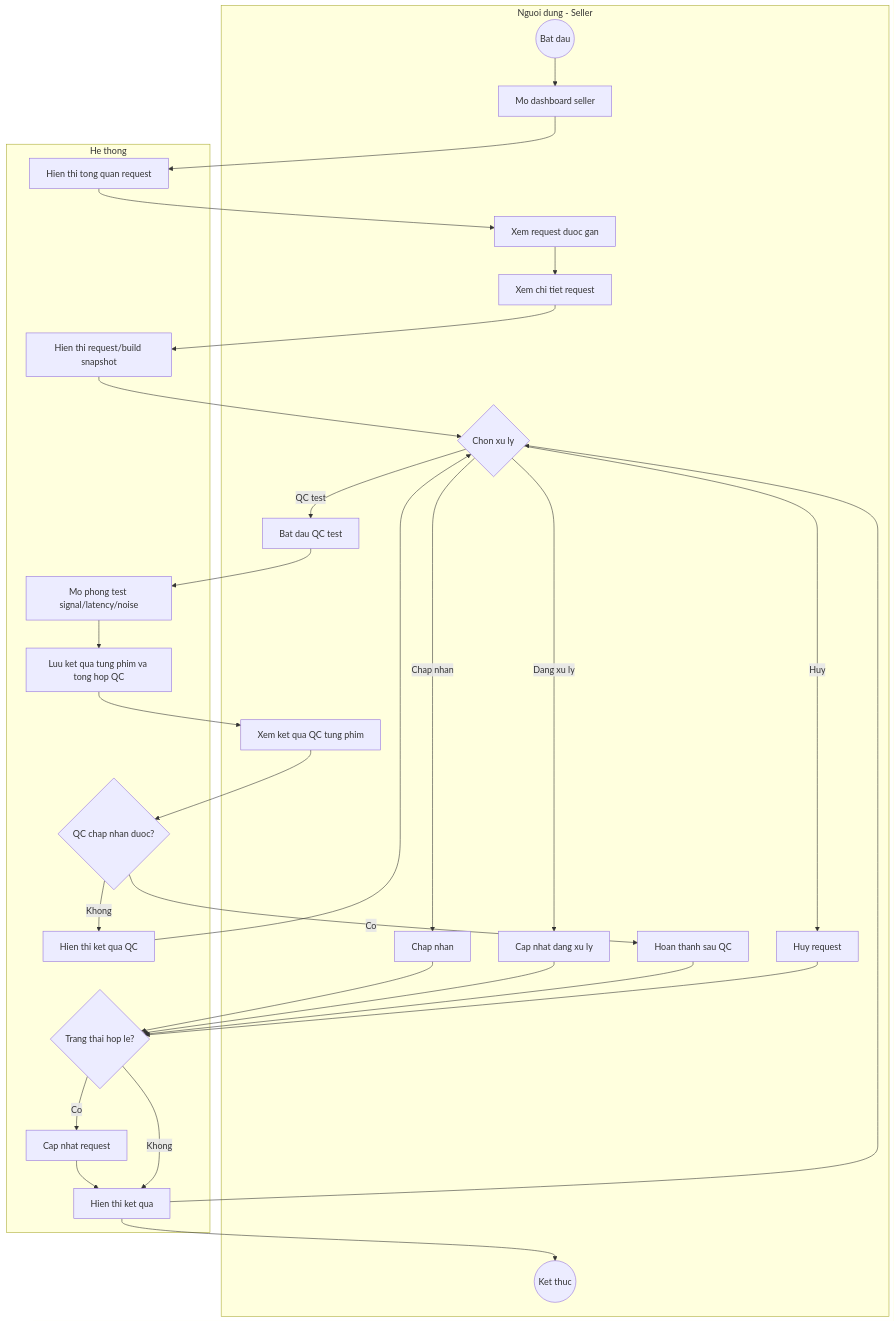
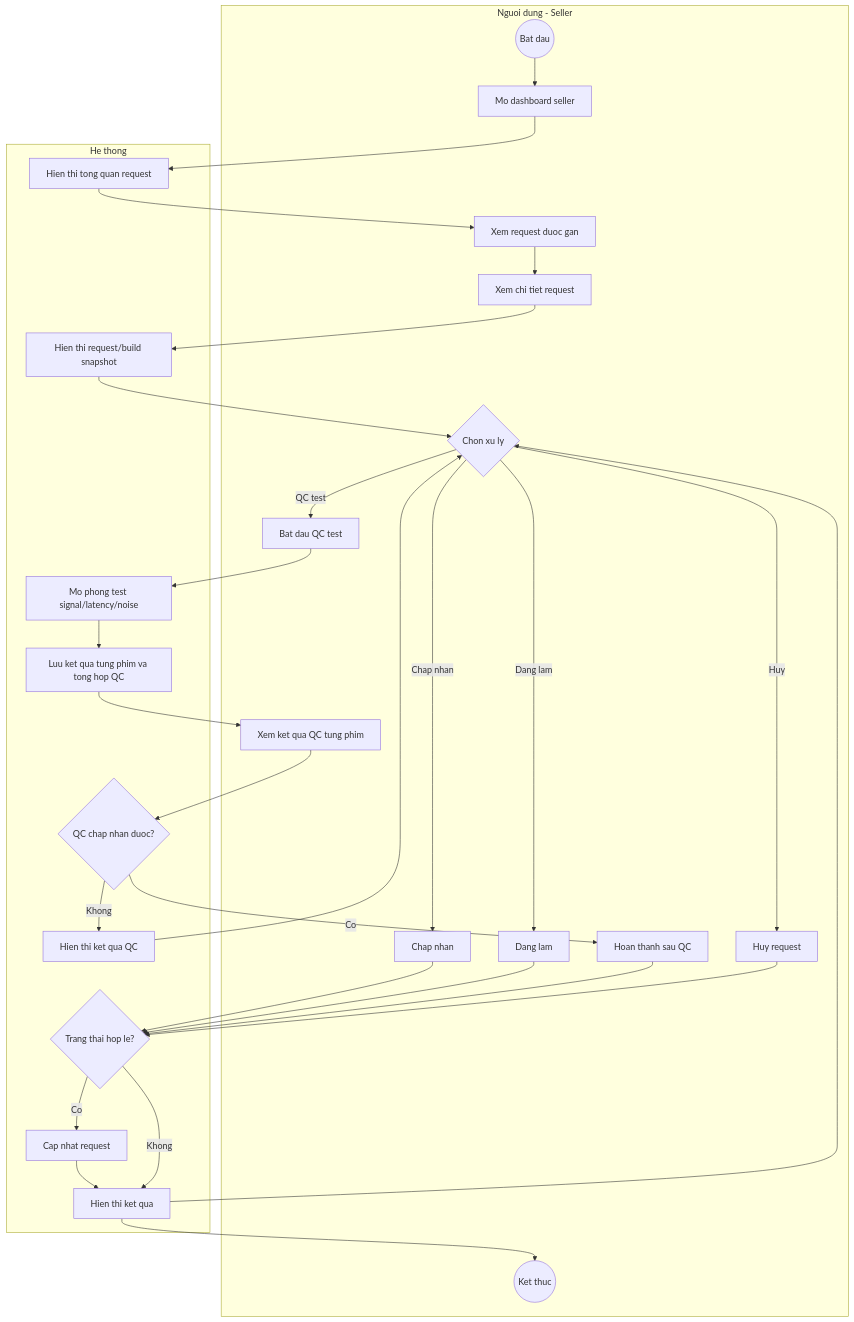
One commit to froynar/Custom_keyboard changed the third of 6 diagrams in Documents_Refactor/Custom_Keyboard_Activity_Diagrams_Simplified.md. Above: the diagram before and after it, drawn with Mermaid. The commit also changed other lines of this file and 194 other files, not shown here.

````diff
--- a/Documents_Refactor/Custom_Keyboard_Activity_Diagrams_Simplified.md
+++ b/Documents_Refactor/Custom_Keyboard_Activity_Diagrams_Simplified.md
@@ -101,39 +101,39 @@
 ```mermaid
 flowchart TD
     subgraph UserLane["Nguoi dung - Seller"]
         Start((Bat dau))
         OpenDashboard[Mo dashboard seller]
         ViewRequests[Xem request duoc gan]
         OpenDetail[Xem chi tiet request]
         Action{Chon xu ly}
         Accept[Chap nhan]
-        Progress[Cap nhat dang xu ly]
+        Progress[Dang lam]
         StartQc[Bat dau QC test]
         ReviewQc[Xem ket qua QC tung phim]
         Complete[Hoan thanh sau QC]
         Cancel[Huy request]
         End((Ket thuc))
     end
 
     subgraph SystemLane["He thong"]
         ShowDashboard[Hien thi tong quan request]
         LoadRequest[Hien thi request/build snapshot]
         ValidateStatus{Trang thai hop le?}
         UpdateStatus[Cap nhat request]
         RunQc[Mo phong test signal/latency/noise]
         SaveQc[Luu ket qua tung phim va tong hop QC]
         QcOk{QC chap nhan duoc?}
         ShowQcResult[Hien thi ket qua QC]
         ShowResult[Hien thi ket qua]
     end
 
     Start --> OpenDashboard --> ShowDashboard --> ViewRequests --> OpenDetail --> LoadRequest --> Action
     Action -- Chap nhan --> Accept --> ValidateStatus
-    Action -- Dang xu ly --> Progress --> ValidateStatus
+    Action -- Dang lam --> Progress --> ValidateStatus
     Action -- QC test --> StartQc --> RunQc --> SaveQc --> ReviewQc --> QcOk
     QcOk -- Khong --> ShowQcResult --> Action
     QcOk -- Co --> Complete --> ValidateStatus
     Action -- Huy --> Cancel --> ValidateStatus
     ValidateStatus -- Co --> UpdateStatus --> ShowResult --> End
     ValidateStatus -- Khong --> ShowResult --> Action
 ```
````
